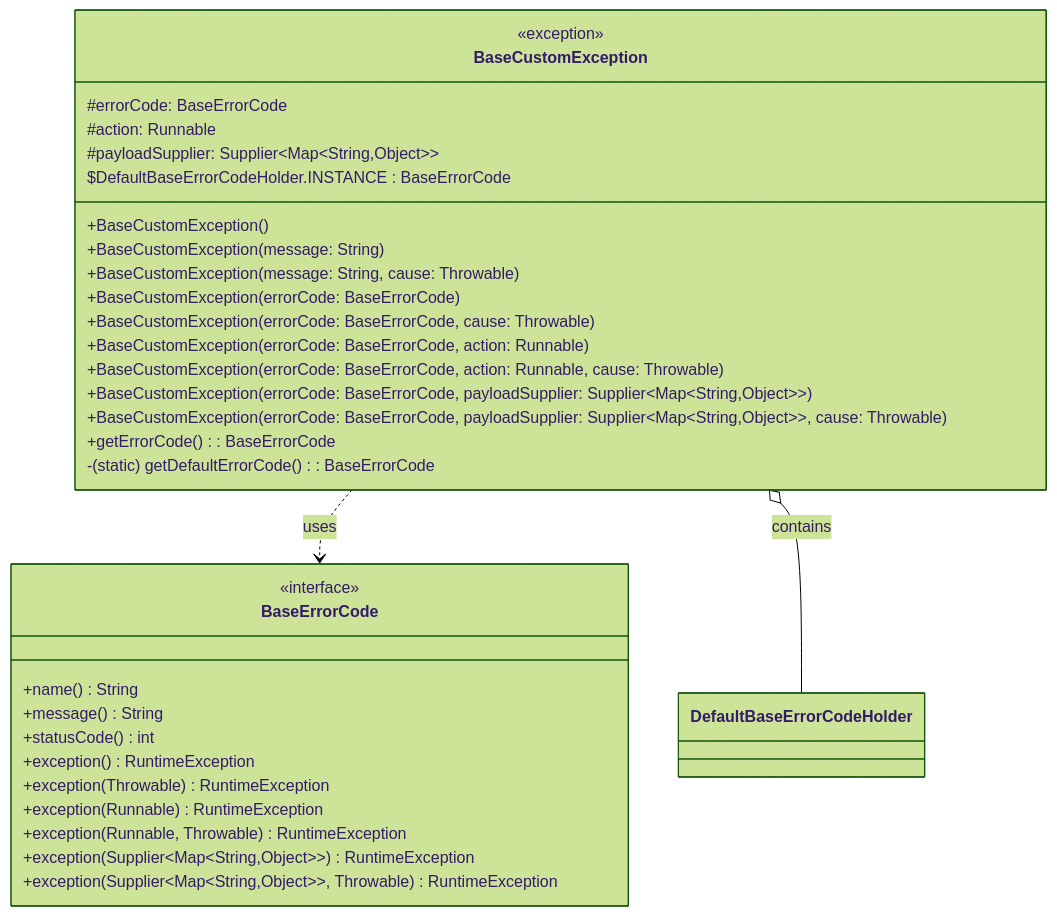
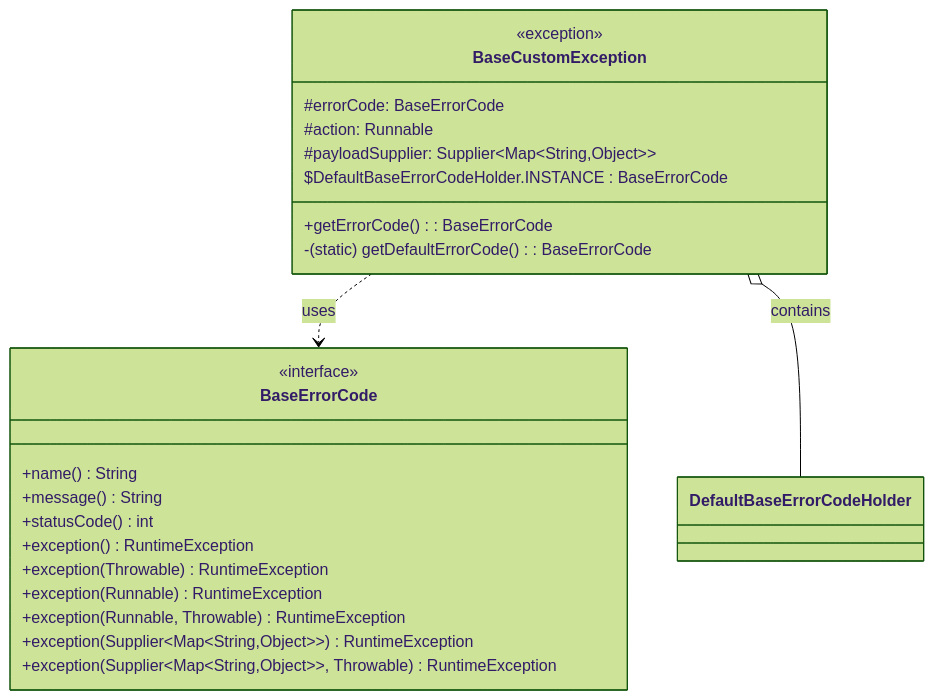
One commit to merge-simpson/letsdev-error-code-api changed the second of 3 diagrams in README.md. Above: the diagram before and after it, drawn with Mermaid.

Commit message:
docs(readme): keep editing mermaid (remove constructors)

````diff
--- a/README.md
+++ b/README.md
@@ -50,47 +50,47 @@
 ```mermaid
 %%{init: {"theme": "forest", "themeVariables": {"fontFamily": "Comic Sans MS"}}}%%
 classDiagram
 %% 클래스 목록
     class BaseErrorCode {
         <<interface>>
         +name() String
         +message() String
         +statusCode() int
         +exception() RuntimeException
         +exception(Throwable) RuntimeException
         +exception(Runnable) RuntimeException
         +exception(Runnable, Throwable) RuntimeException
         +exception(Supplier&lt;Map&lt;String,Object>>) RuntimeException
         +exception(Supplier&lt;Map&lt;String,Object>>, Throwable) RuntimeException
     }
 
     class BaseCustomException {
         <<exception>>
         #errorCode: BaseErrorCode
         #action: Runnable
         #payloadSupplier: Supplier&lt;Map&lt;String,Object>>
         $DefaultBaseErrorCodeHolder.INSTANCE : BaseErrorCode
         
-        +BaseCustomException()
-        +BaseCustomException(message: String)
-        +BaseCustomException(message: String, cause: Throwable)
-        +BaseCustomException(errorCode: BaseErrorCode)
-        +BaseCustomException(errorCode: BaseErrorCode, cause: Throwable)
-        +BaseCustomException(errorCode: BaseErrorCode, action: Runnable)
-        +BaseCustomException(errorCode: BaseErrorCode, action: Runnable, cause: Throwable)
-        +BaseCustomException(errorCode: BaseErrorCode, payloadSupplier: Supplier&lt;Map&lt;String,Object>>)
-        +BaseCustomException(errorCode: BaseErrorCode, payloadSupplier: Supplier&lt;Map&lt;String,Object>>, cause: Throwable)
+%%        +BaseCustomException()
+%%        +BaseCustomException(message: String)
+%%        +BaseCustomException(message: String, cause: Throwable)
+%%        +BaseCustomException(errorCode: BaseErrorCode)
+%%        +BaseCustomException(errorCode: BaseErrorCode, cause: Throwable)
+%%        +BaseCustomException(errorCode: BaseErrorCode, action: Runnable)
+%%        +BaseCustomException(errorCode: BaseErrorCode, action: Runnable, cause: Throwable)
+%%        +BaseCustomException(errorCode: BaseErrorCode, payloadSupplier: Supplier&lt;Map&lt;String,Object>>)
+%%        +BaseCustomException(errorCode: BaseErrorCode, payloadSupplier: Supplier&lt;Map&lt;String,Object>>, cause: Throwable)
         
         +getErrorCode() : BaseErrorCode
         -(static) getDefaultErrorCode() : BaseErrorCode
     }
 
 %%    class DefaultBaseErrorCodeHolder {
 %%        <<private>>
 %%        -INSTANCE : BaseErrorCode
 %%    }
 
 %% 관계 표현
     BaseCustomException ..> BaseErrorCode : uses
     BaseCustomException o-- DefaultBaseErrorCodeHolder : contains
 ```
````
